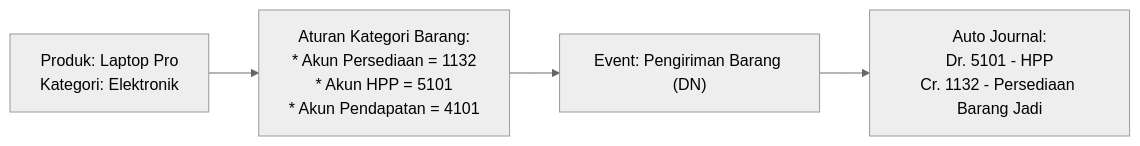
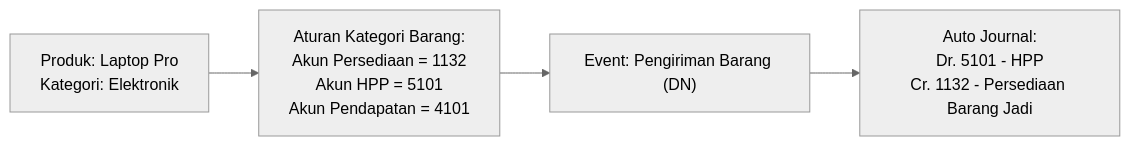
Before and after one commit to alimurrofid/erp-notes: the third of 3 diagrams in content/02-accounting/chart-of-accounts.md, drawn with Mermaid (neutral theme). The commit also changed other lines of this file and 59 other files, not shown here.

Commit message:
fix(content):enter character mermaid

````diff
--- a/content/02-accounting/chart-of-accounts.md
+++ b/content/02-accounting/chart-of-accounts.md
@@ -130,7 +130,7 @@
 ```mermaid
 flowchart LR
-    Item["Produk: Laptop Pro\nKategori: Elektronik"] 
-    --> Map["Aturan Kategori Barang:\n* Akun Persediaan = 1132\n* Akun HPP = 5101\n* Akun Pendapatan = 4101"]
+    Item["Produk: Laptop Pro<br/>Kategori: Elektronik"] 
+    --> Map["Aturan Kategori Barang:<br/>Akun Persediaan = 1132<br/>Akun HPP = 5101<br/>Akun Pendapatan = 4101"]
     --> Event["Event: Pengiriman Barang (DN)"]
-    --> JE["Auto Journal:\nDr. 5101 - HPP\nCr. 1132 - Persediaan Barang Jadi"]
+    --> JE["Auto Journal:<br/>Dr. 5101 - HPP<br/>Cr. 1132 - Persediaan Barang Jadi"]
 ```
````
